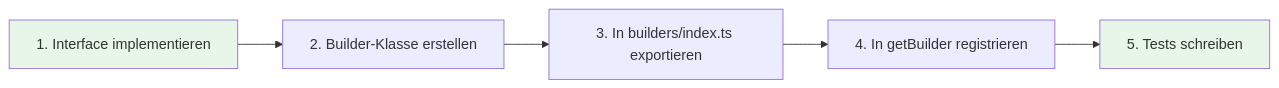
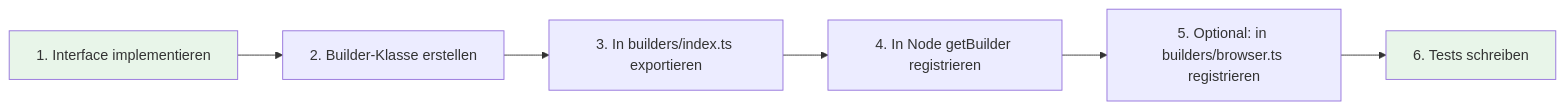
The sixth of 6 diagrams in docs/architecture/system-overview.md (pt9912/s-gml), drawn with Mermaid before and after one commit. The commit also changed other lines of this file and 10 other files, not shown here.

````diff
--- a/docs/architecture/system-overview.md
+++ b/docs/architecture/system-overview.md
@@ -325,10 +381,11 @@
 ```mermaid
 graph LR
     A[1. Interface implementieren] --> B[2. Builder-Klasse erstellen]
     B --> C[3. In builders/index.ts exportieren]
-    C --> D[4. In getBuilder registrieren]
-    D --> E[5. Tests schreiben]
+    C --> D[4. In Node getBuilder registrieren]
+    D --> E[5. Optional: in builders/browser.ts registrieren]
+    E --> F[6. Tests schreiben]
 
     style A fill:#e8f5e9
-    style E fill:#e8f5e9
+    style F fill:#e8f5e9
 ```
````
